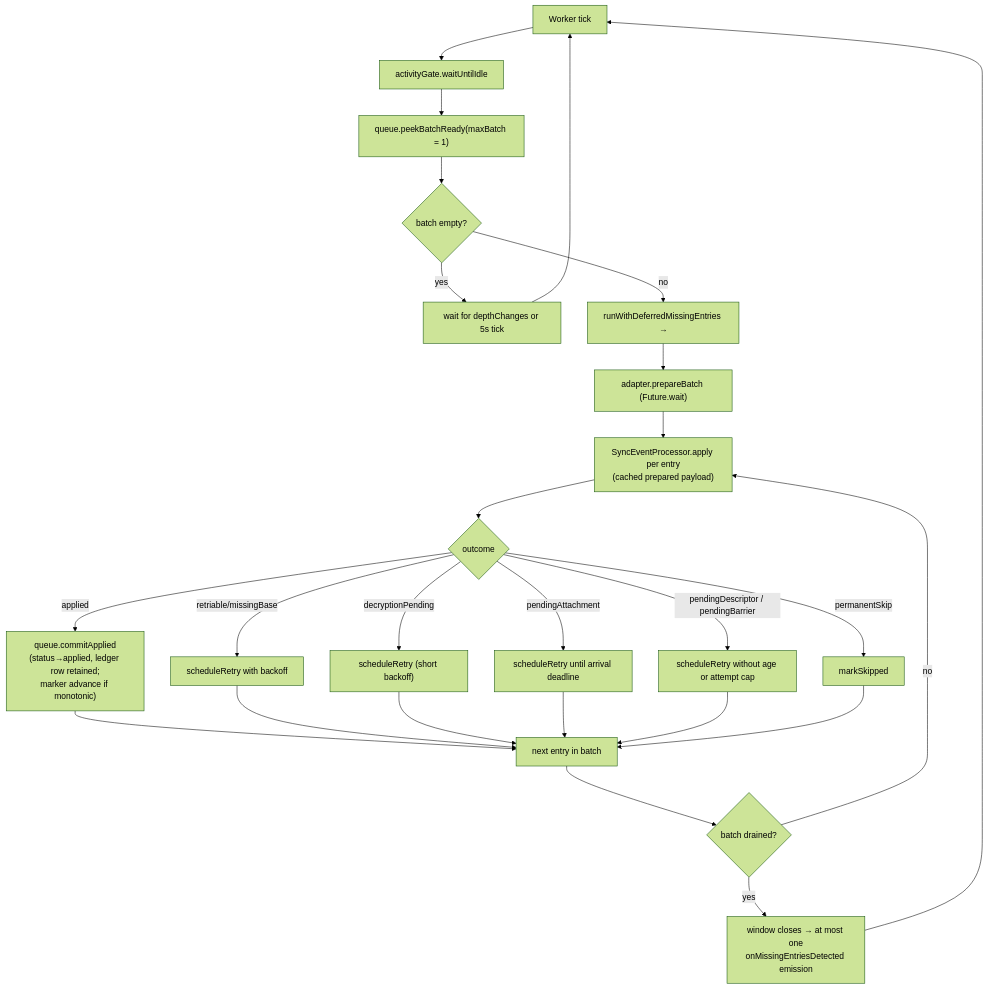
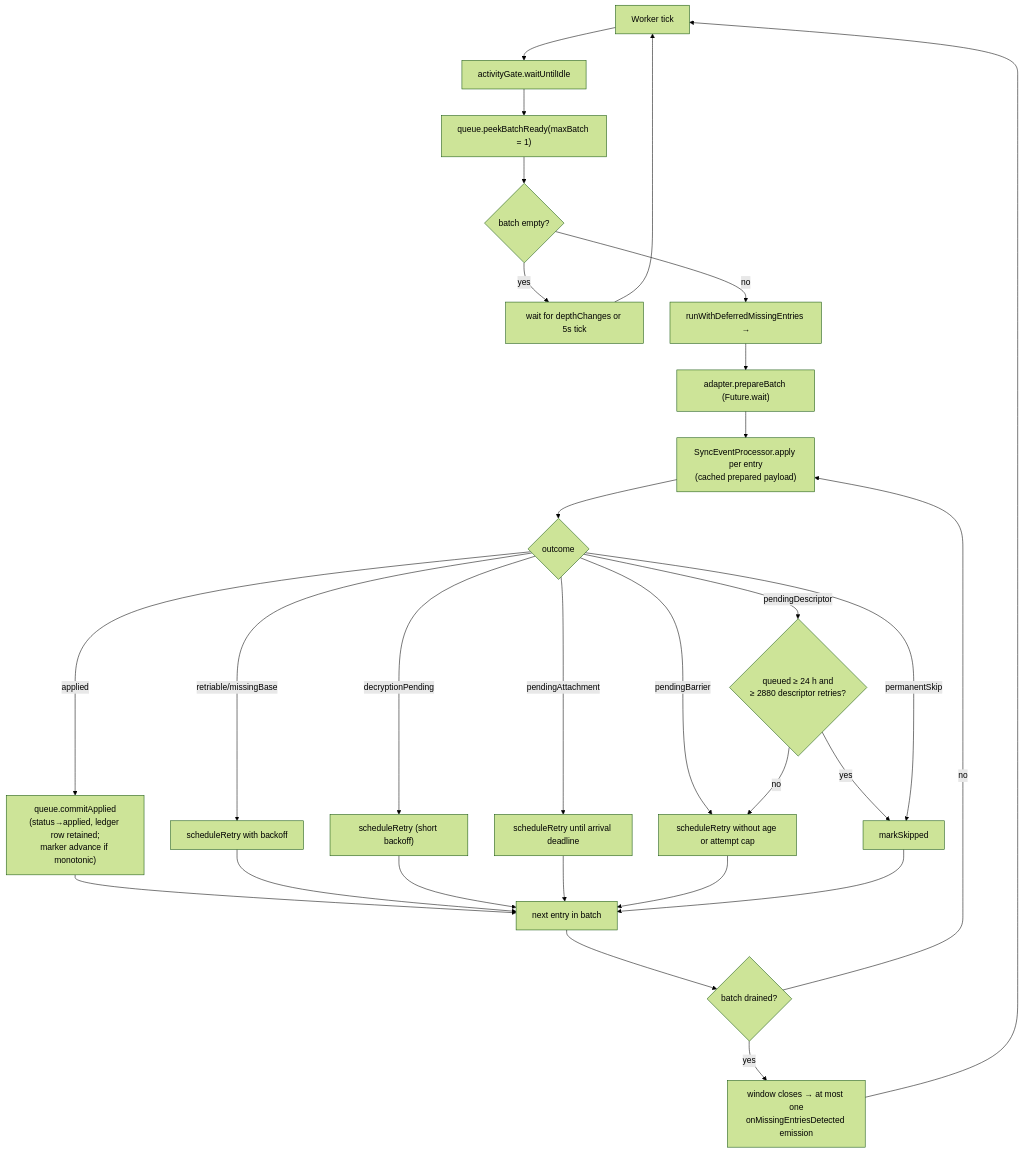
Before and after one commit to matthiasn/lotti: the fourth of 6 diagrams in knowledge/features/sync/receive-path.md, drawn with Mermaid (forest theme). The commit also changed other lines of this file and 15 other files, not shown here.

````diff
--- a/knowledge/features/sync/receive-path.md
+++ b/knowledge/features/sync/receive-path.md
@@ -382,28 +392,31 @@
 ```mermaid
 flowchart TD
     Tick["Worker tick"] --> Gate["activityGate.waitUntilIdle"]
     Gate --> Peek["queue.peekBatchReady(maxBatch = 1)"]
     Peek --> Empty{"batch empty?"}
     Empty -->|yes| Wait["wait for depthChanges or 5s tick"]
     Wait --> Tick
     Empty -->|no| Window["runWithDeferredMissingEntries →"]
     Window --> PrepareAll["adapter.prepareBatch (Future.wait)"]
     PrepareAll --> Apply["SyncEventProcessor.apply per entry<br/>(cached prepared payload)"]
     Apply --> Outcome{"outcome"}
     Outcome -->|applied| Commit["queue.commitApplied<br/>(status→applied, ledger row retained;<br/>marker advance if monotonic)"]
     Outcome -->|retriable/missingBase| Retry["scheduleRetry with backoff"]
     Outcome -->|decryptionPending| DecryptRetry["scheduleRetry (short backoff)"]
     Outcome -->|pendingAttachment| AttachmentRetry["scheduleRetry until arrival deadline"]
-    Outcome -->|pendingDescriptor / pendingBarrier| PeriodicRetry["scheduleRetry without age or attempt cap"]
+    Outcome -->|pendingBarrier| PeriodicRetry["scheduleRetry without age or attempt cap"]
+    Outcome -->|pendingDescriptor| DescriptorRetry{"queued ≥ 24 h and<br/>≥ 2880 descriptor retries?"}
+    DescriptorRetry -->|no| PeriodicRetry
+    DescriptorRetry -->|yes| Skip
     Outcome -->|permanentSkip| Skip["markSkipped"]
     Commit --> NextEntry["next entry in batch"]
     Retry --> NextEntry
     DecryptRetry --> NextEntry
     AttachmentRetry --> NextEntry
     PeriodicRetry --> NextEntry
     Skip --> NextEntry
     NextEntry --> WindowClose{"batch drained?"}
     WindowClose -->|no| Apply
     WindowClose -->|yes| Emit["window closes → at most one<br/>onMissingEntriesDetected emission"]
     Emit --> Tick
 ```
````
